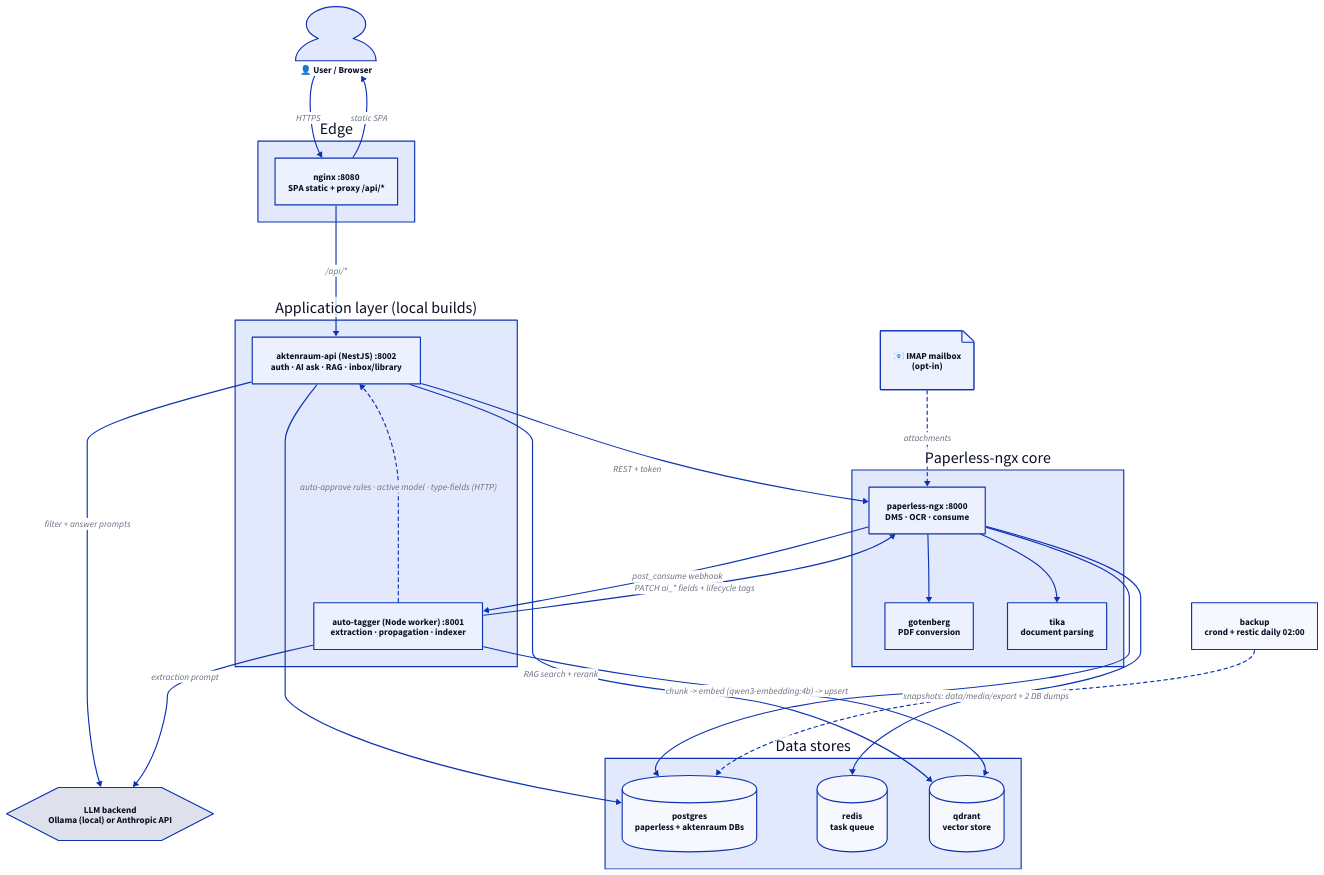
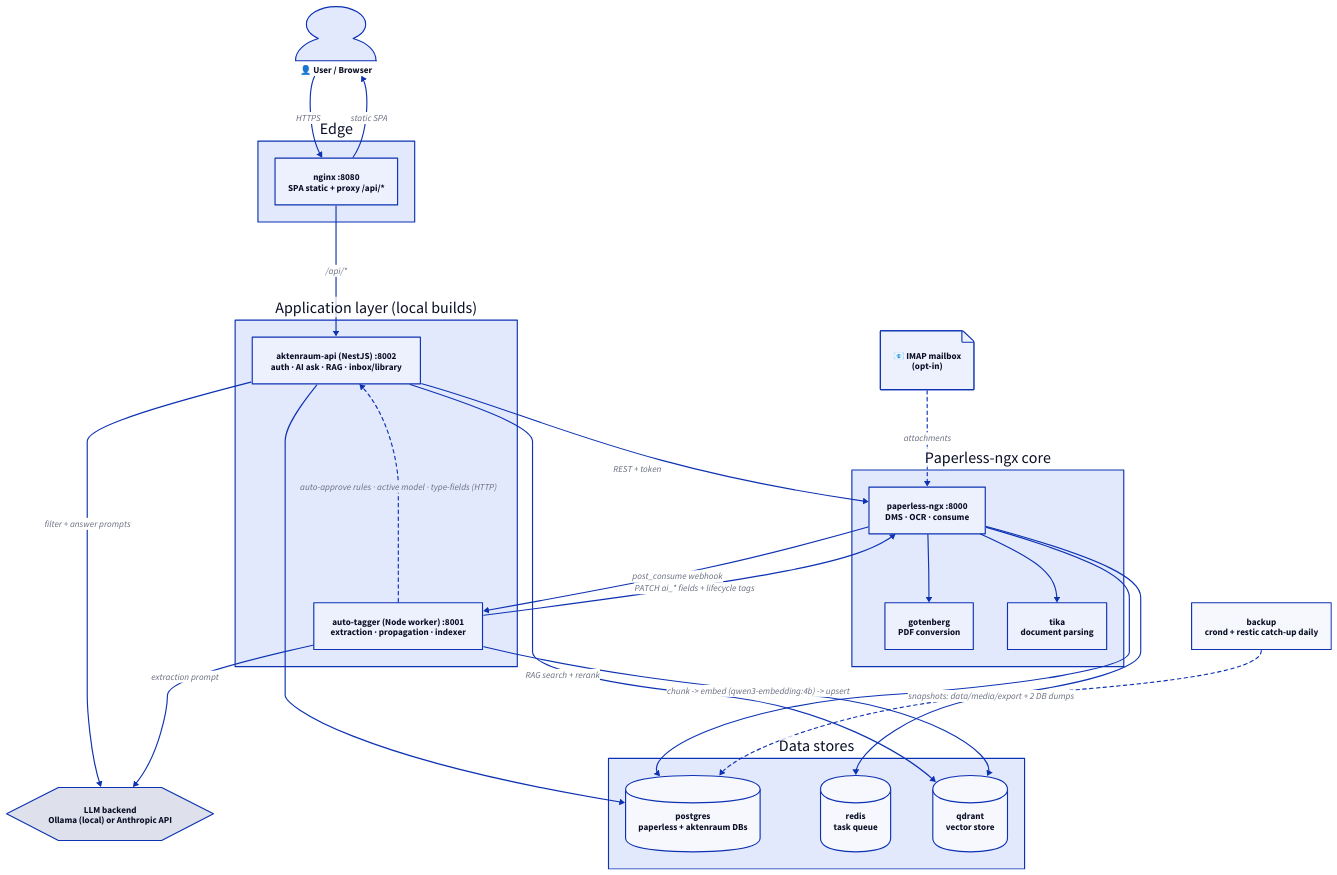
The third of 7 diagrams in docs/architecture-diagram.md (aram877/aktenraum), drawn with D2 before and after one commit. The commit also changed other lines of this file and 28 other files, not shown here.

````diff
--- a/docs/architecture-diagram.md
+++ b/docs/architecture-diagram.md
@@ -118,51 +118,51 @@
 ```d2
 user: 👤 User / Browser {shape: person}
 llm: LLM backend\nOllama (local) or Anthropic API {shape: hexagon}
 mail: 📧 IMAP mailbox\n(opt-in) {shape: page}
 
 edge: Edge {
   nginx: nginx :8080\nSPA static + proxy /api/*
 }
 
 app: Application layer (local builds) {
   api: aktenraum-api (NestJS) :8002\nauth · AI ask · RAG · inbox/library
   tagger: auto-tagger (Node worker) :8001\nextraction · propagation · indexer
 }
 
 paperless_core: Paperless-ngx core {
   paperless: paperless-ngx :8000\nDMS · OCR · consume
   gotenberg: gotenberg\nPDF conversion
   tika: tika\ndocument parsing
 }
 
 data: Data stores {
   pg: postgres\npaperless + aktenraum DBs {shape: cylinder}
   redis: redis\ntask queue {shape: cylinder}
   qdrant: qdrant\nvector store {shape: cylinder}
 }
 
-backup: backup\ncrond + restic daily 02:00
+backup: backup\ncrond + restic catch-up daily
 
 user -> edge.nginx: HTTPS
 edge.nginx -> app.api: /api/*
 edge.nginx -> user: static SPA
 
 app.api -> paperless_core.paperless: REST + token
 app.api -> data.qdrant: RAG search + rerank
 app.api -> llm: filter + answer prompts
 app.api -> data.pg
 
 mail -> paperless_core.paperless: attachments {style.stroke-dash: 3}
 paperless_core.paperless -> paperless_core.gotenberg
 paperless_core.paperless -> paperless_core.tika
 paperless_core.paperless -> data.pg
 paperless_core.paperless -> data.redis
 paperless_core.paperless -> app.tagger: post_consume webhook
 
 app.tagger -> llm: extraction prompt
 app.tagger -> paperless_core.paperless: PATCH ai_* fields + lifecycle tags
 app.tagger -> data.qdrant: chunk -> embed (qwen3-embedding:4b) -> upsert
 app.tagger -> app.api: auto-approve rules · active model · type-fields (HTTP) {style.stroke-dash: 3}
 
 backup -> data.pg: snapshots: data/media/export + 2 DB dumps {style.stroke-dash: 3}
 ```
````
